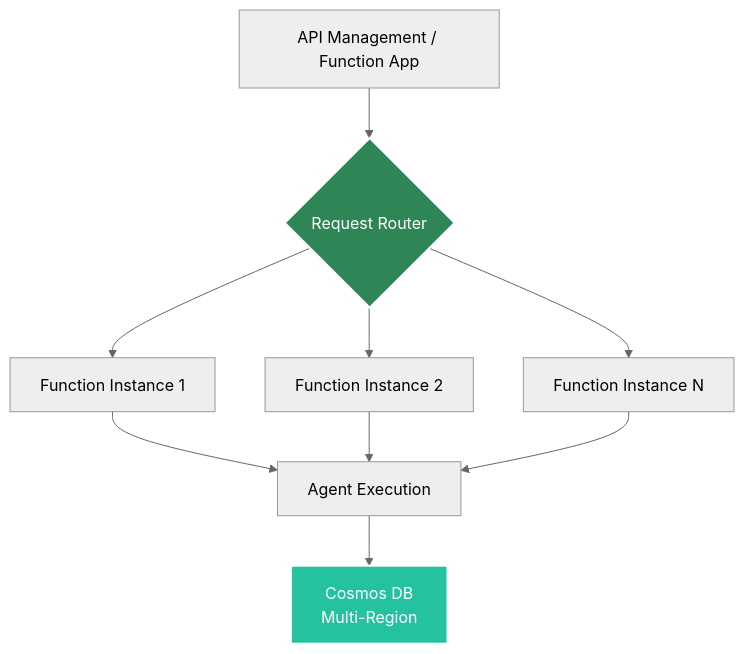
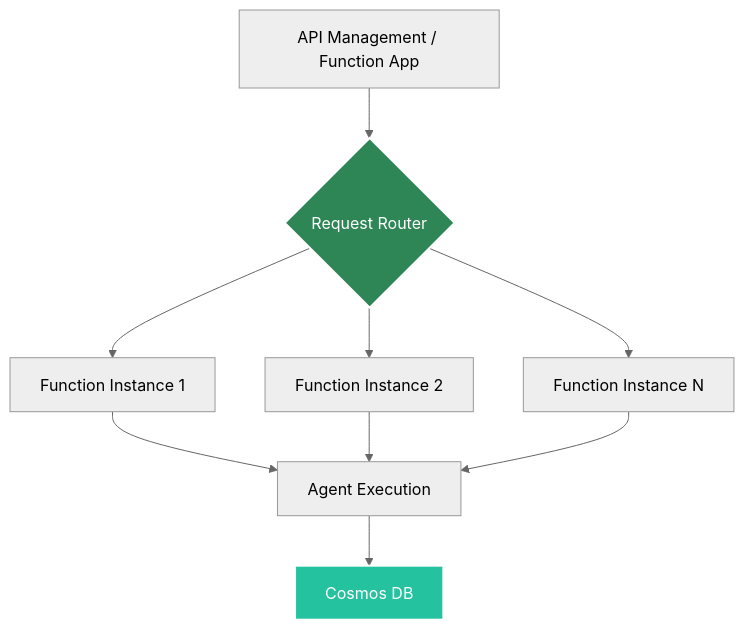
Before and after one commit to yaalalabs/agent-kernel: the second of 2 diagrams in docs/docs/deployment/azure-serverless.md, drawn with Mermaid (neutral theme). The commit also changed other lines of this file and 1 other file, not shown here.

Commit message:
Simplify Azure deployment documentation by removing multi-region references and configuration options

````diff
--- a/docs/docs/deployment/azure-serverless.md
+++ b/docs/docs/deployment/azure-serverless.md
@@ -123,16 +123,16 @@
 ```mermaid
 graph TB
     A[API Management / Function App] --> B{Request Router}
     B --> C[Function Instance 1]
     B --> D[Function Instance 2]
     B --> E[Function Instance N]
     
     C --> F[Agent Execution]
     D --> F
     E --> F
     
-    F --> G[Cosmos DB<br/>Multi-Region]
+    F --> G[Cosmos DB]
     
     style B fill:#2e8555,stroke:#fff,stroke-width:2px,color:#fff
     style G fill:#25c2a0,stroke:#fff,stroke-width:2px,color:#fff
 ```
````
